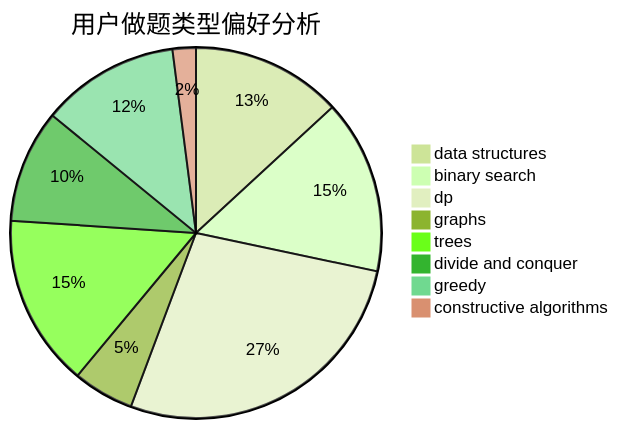
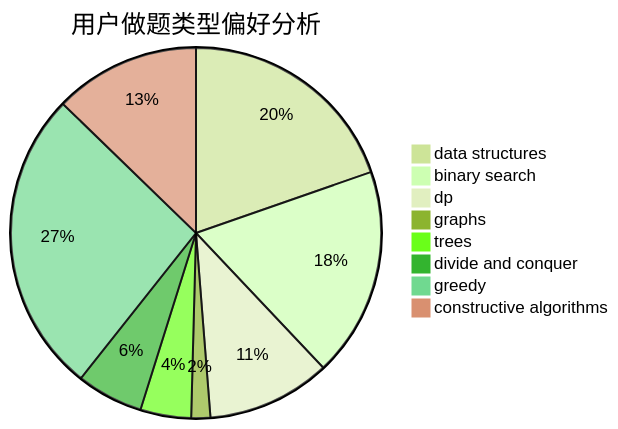
One commit to sherpahu/cfrs.github.io changed the second of 3 diagrams in docs/user/u21.md. Above: the diagram before and after it, drawn with Mermaid (forest theme). The commit also changed other lines of this file and 2770 other files, not shown here.

````diff
--- a/docs/user/u21.md
+++ b/docs/user/u21.md
@@ -23,11 +23,11 @@
 ```mermaid
 pie title 用户做题类型偏好分析
-    "data structures" :  84
-    "binary search" :  97
-    "dp" :  175
-    "graphs" :  34
-    "trees" :  96
-    "divide and conquer" :  63
-    "greedy" :  77
-    "constructive algorithms" :  13
+    "data structures" :  71
+    "binary search" :  66
+    "dp" :  39
+    "graphs" :  6
+    "trees" :  16
+    "divide and conquer" :  21
+    "greedy" :  96
+    "constructive algorithms" :  46
 ```
````
